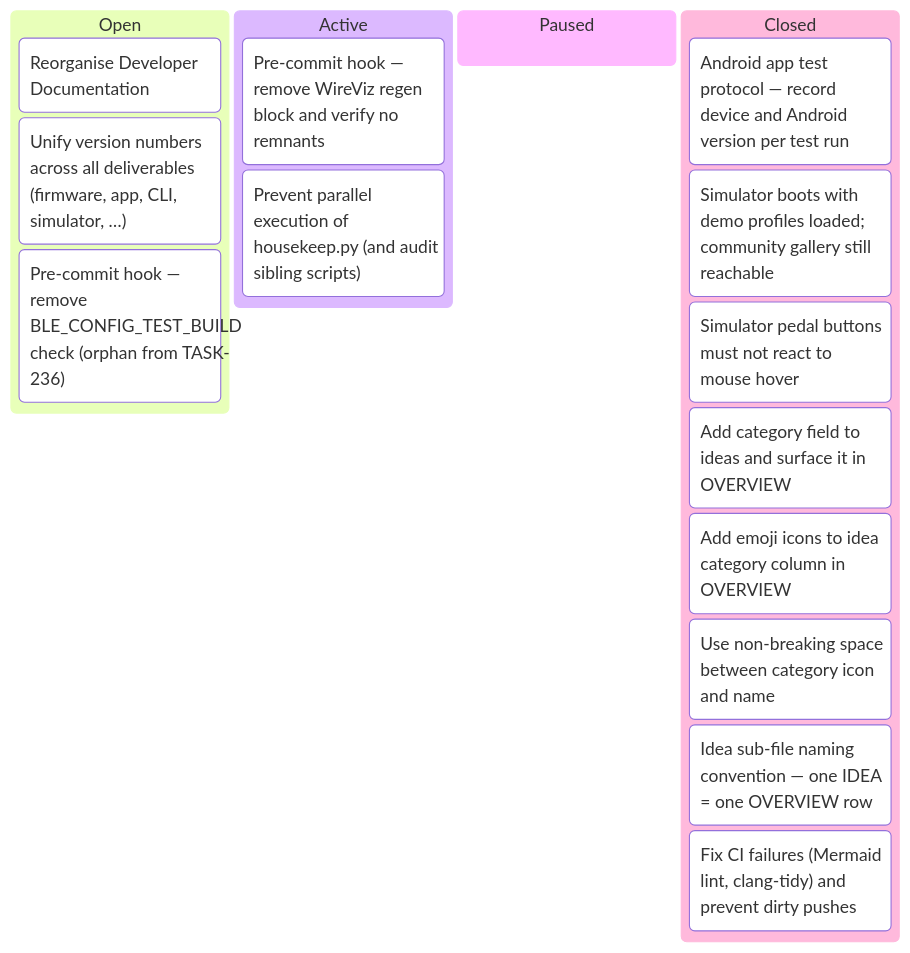
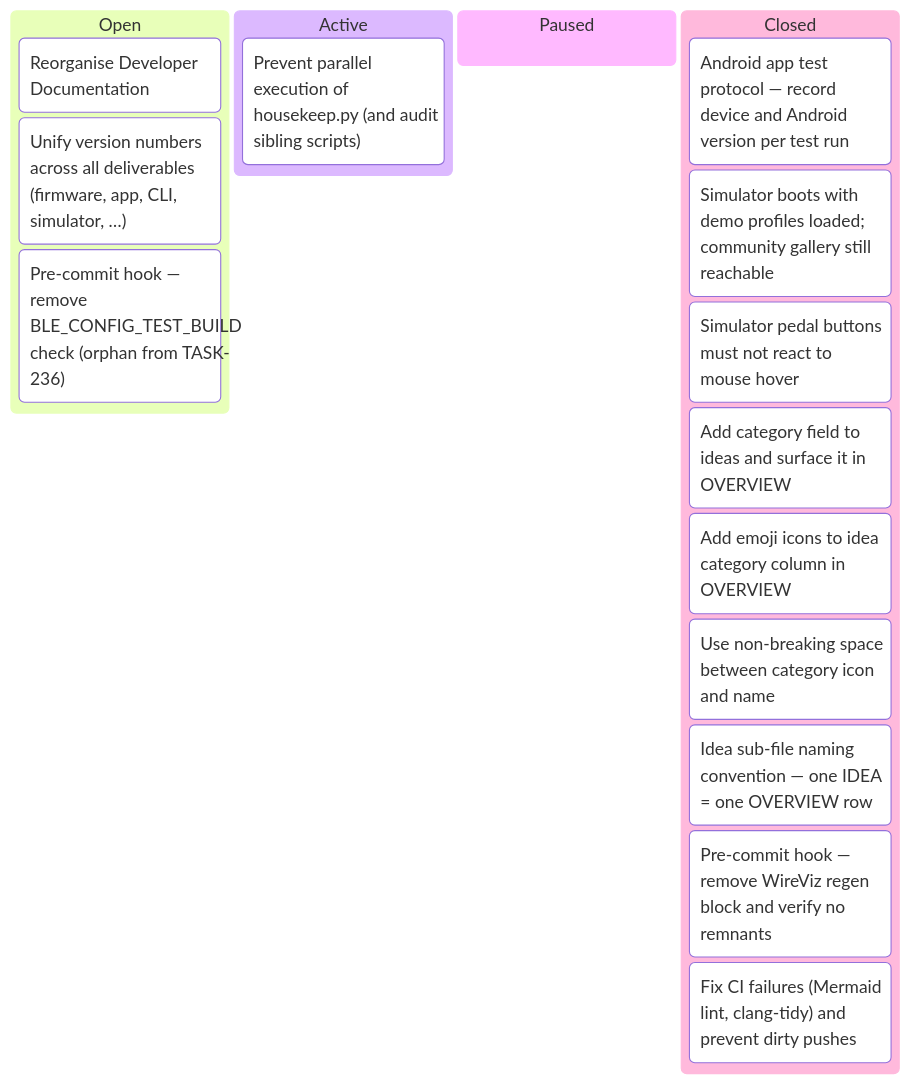
The fifth of 5 diagrams in docs/developers/tasks/KANBAN.md (tgd1975/AwesomeStudioPedal), drawn with Mermaid before and after one commit. The commit also changed other lines of this file and 3 other files, not shown here.

Commit message:
close TASK-319: Pre-commit hook — remove WireViz regen block and verify no remnants

````diff
--- a/docs/developers/tasks/KANBAN.md
+++ b/docs/developers/tasks/KANBAN.md
@@ -73,20 +73,20 @@
 ```mermaid
 kanban
   Open
     TASK_148["Reorganise Developer Documentation"]
     TASK_260["Unify version numbers across all deliverables (firmware, app, CLI, simulator, …)"]
     TASK_320["Pre-commit hook — remove BLE_CONFIG_TEST_BUILD check (orphan from TASK-236)"]
   Active
-    TASK_319["Pre-commit hook — remove WireViz regen block and verify no remnants"]
     TASK_328["Prevent parallel execution of housekeep.py (and audit sibling scripts)"]
   Paused
   Closed
     TASK_259["Android app test protocol — record device and Android version per test run"]
     TASK_303["Simulator boots with demo profiles loaded; community gallery still reachable"]
     TASK_304["Simulator pedal buttons must not react to mouse hover"]
     TASK_305["Add category field to ideas and surface it in OVERVIEW"]
     TASK_313["Add emoji icons to idea category column in OVERVIEW"]
     TASK_314["Use non-breaking space between category icon and name"]
     TASK_315["Idea sub-file naming convention — one IDEA = one OVERVIEW row"]
+    TASK_319["Pre-commit hook — remove WireViz regen block and verify no remnants"]
     TASK_321["Fix CI failures (Mermaid lint, clang-tidy) and prevent dirty pushes"]
 ```
````
